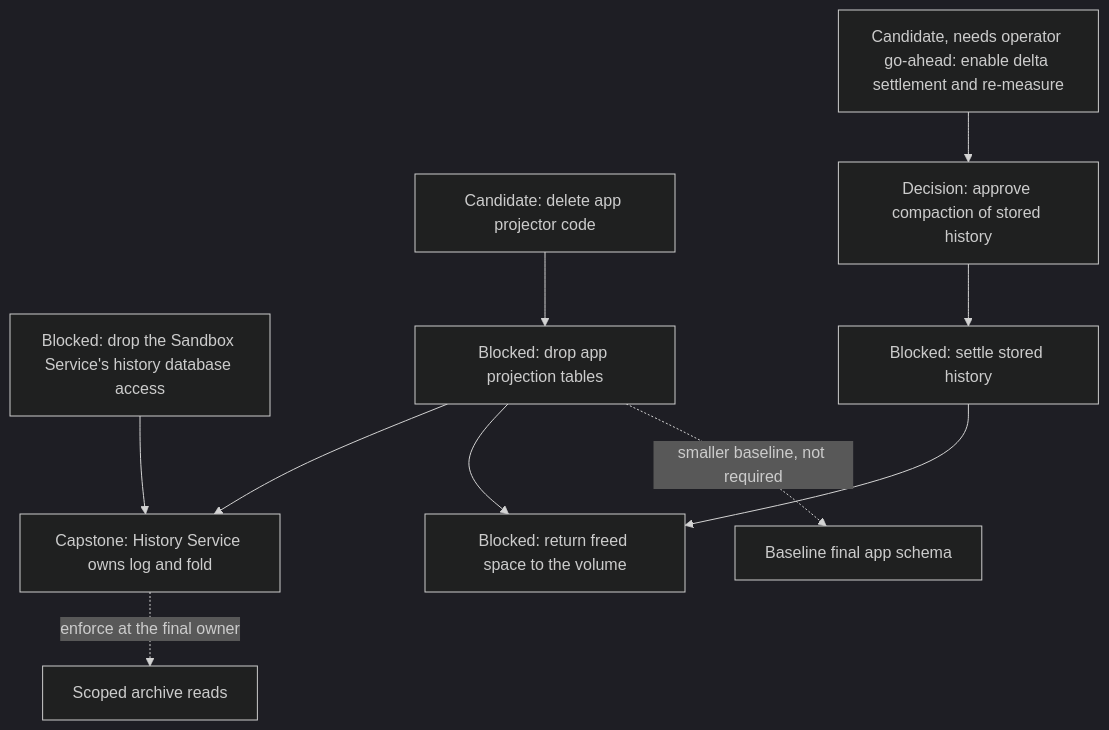
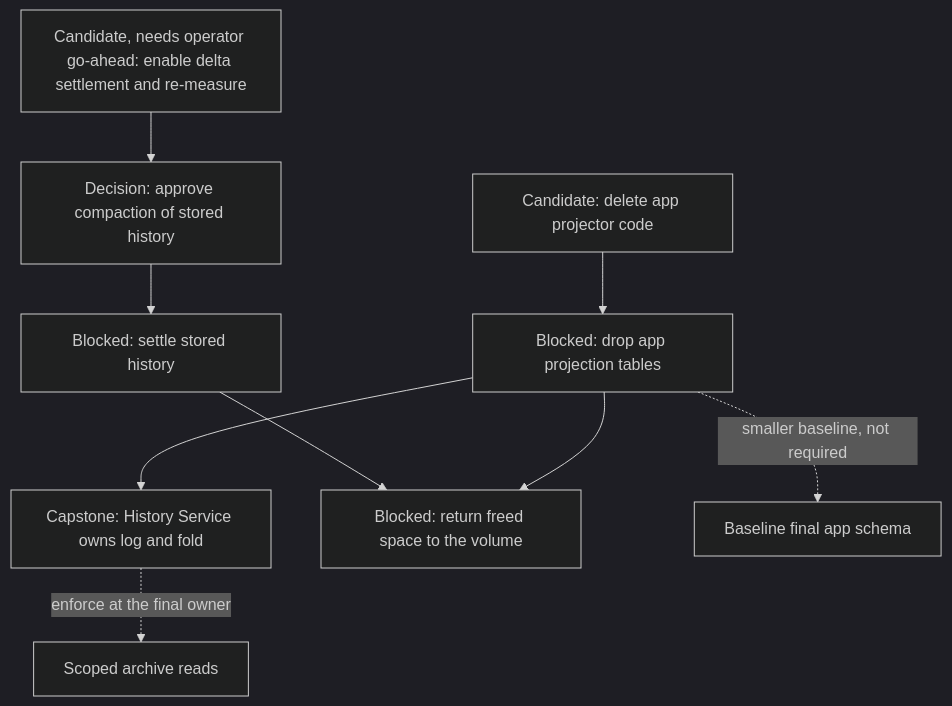
Before and after one commit to agentydragon-agent/ducktape: the eighth of 12 diagrams in agentplane/plans/task_dag.md, drawn with Mermaid (dark theme). The commit also changed other lines of this file and 8 other files, not shown here.

````diff
--- a/agentplane/plans/task_dag.md
+++ b/agentplane/plans/task_dag.md
@@ -577,22 +577,20 @@
 ```mermaid
 flowchart TD
-    SANDBOX_LOCAL_HISTORY_RETIRE[Blocked: drop the Sandbox Service's history database access]
     APP_PROJECTOR_RETIRE[Candidate: delete app projector code]
     APP_PROJECTION_RETIRE[Blocked: drop app projection tables]
     HISTORY_SERVICE_OWNERSHIP[Capstone: History Service owns log and fold]
     SESSION_EVENT_RETENTION_ENABLE[Candidate, needs operator go-ahead: enable delta settlement and re-measure]
     SESSION_EVENT_COMPACTION_PLAN[Decision: approve compaction of stored history]
     SESSION_EVENT_COMPACTION[Blocked: settle stored history]
     HISTORY_REPACK[Blocked: return freed space to the volume]
     APP_ALEMBIC_SQUASH[Baseline final app schema]
     THREAD_READ_POLICY[Scoped archive reads]
     APP_PROJECTOR_RETIRE --> APP_PROJECTION_RETIRE
     APP_PROJECTION_RETIRE --> HISTORY_SERVICE_OWNERSHIP
-    SANDBOX_LOCAL_HISTORY_RETIRE --> HISTORY_SERVICE_OWNERSHIP
     SESSION_EVENT_RETENTION_ENABLE --> SESSION_EVENT_COMPACTION_PLAN
     SESSION_EVENT_COMPACTION_PLAN --> SESSION_EVENT_COMPACTION
     SESSION_EVENT_COMPACTION --> HISTORY_REPACK
     APP_PROJECTION_RETIRE --> HISTORY_REPACK
     APP_PROJECTION_RETIRE -. smaller baseline, not required .-> APP_ALEMBIC_SQUASH
     HISTORY_SERVICE_OWNERSHIP -. enforce at the final owner .-> THREAD_READ_POLICY
 ```
````
